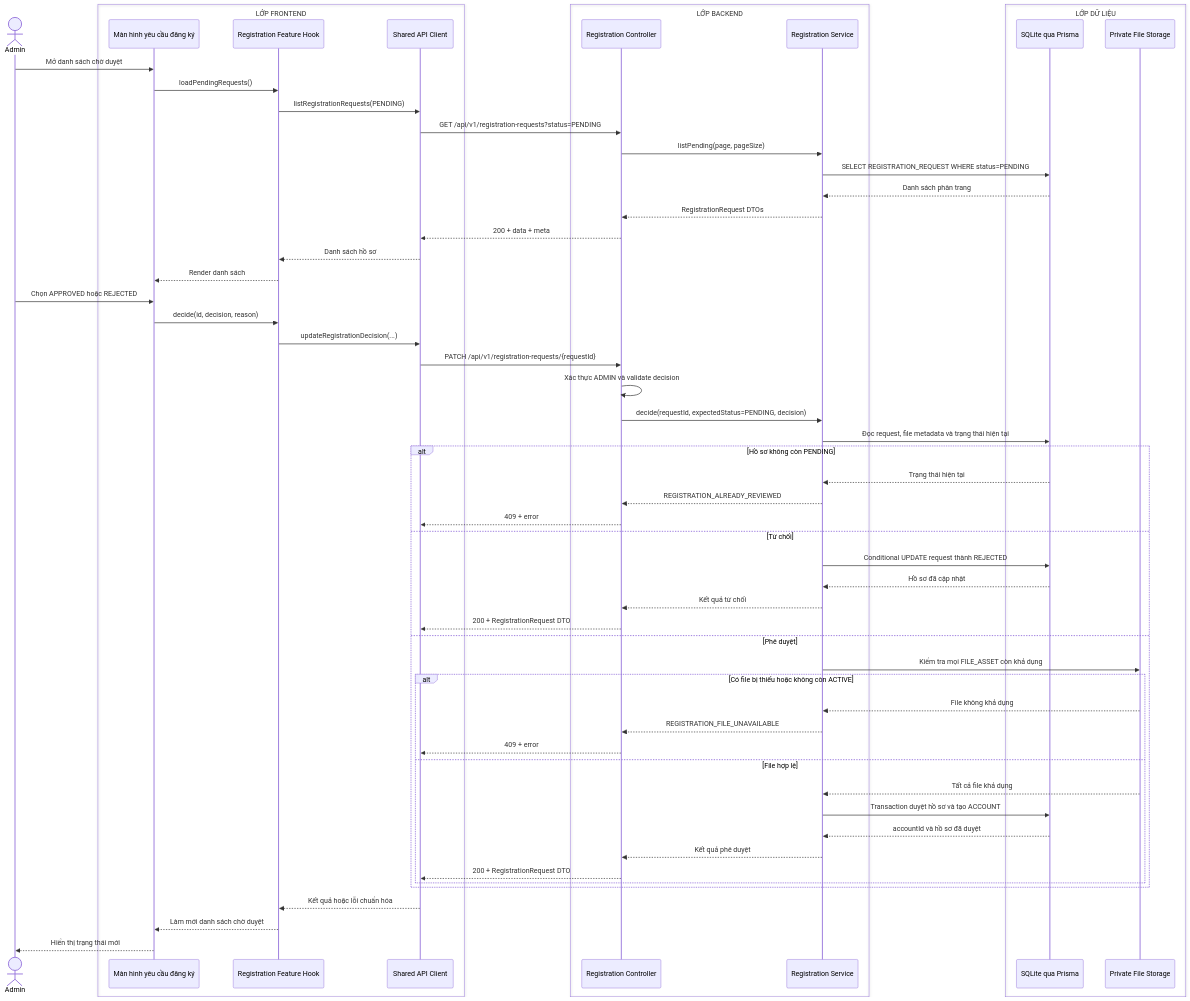
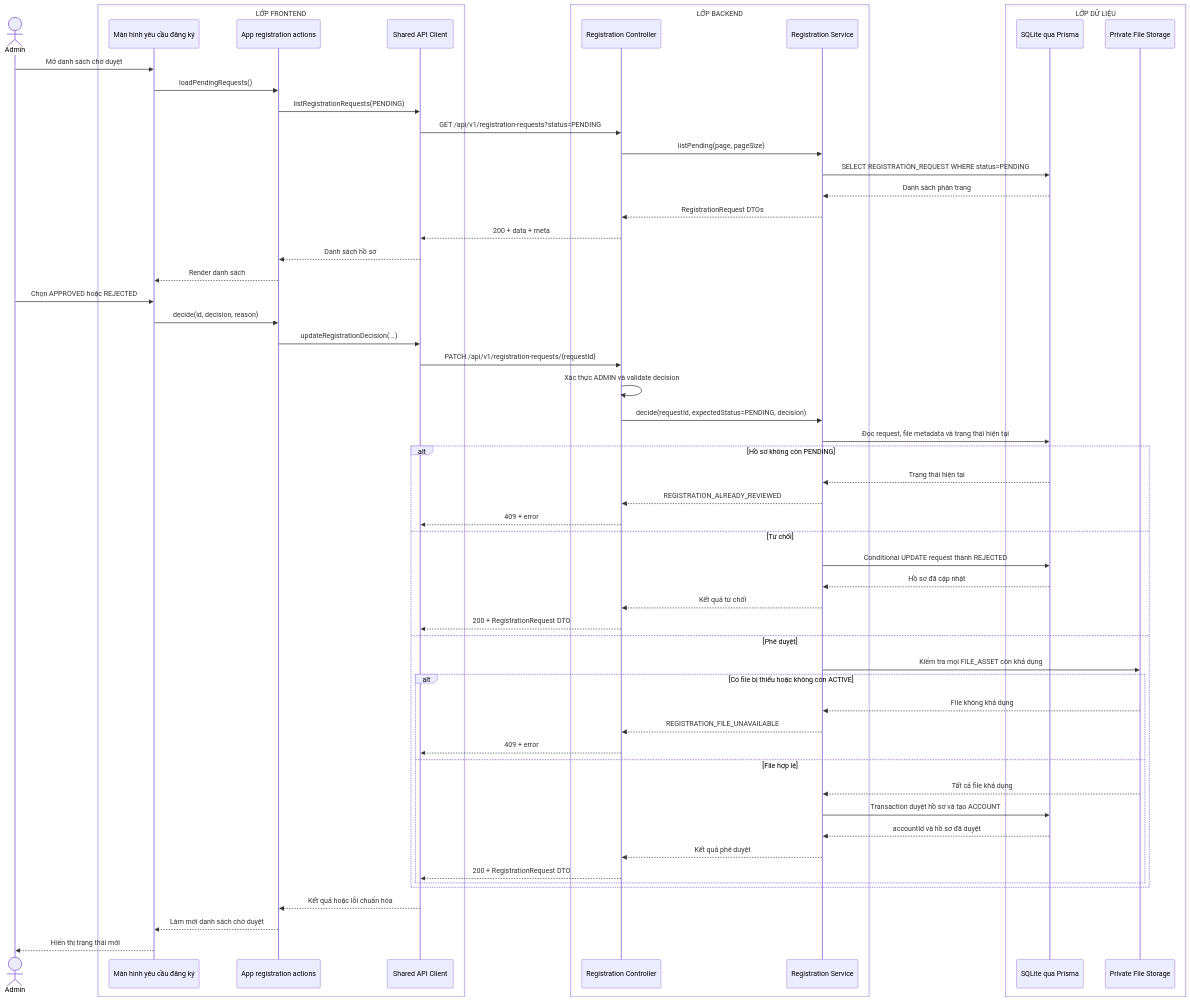
Before and after one commit to MINHDZVODICH/ctv-manage: the diagram in docs/sequence-diagrams/03-duyet-ho-so.md, drawn with Mermaid. The commit also changed 43 other files, not shown here.

````diff
--- a/docs/sequence-diagrams/03-duyet-ho-so.md
+++ b/docs/sequence-diagrams/03-duyet-ho-so.md
@@ -5,65 +5,65 @@
 ```mermaid
 sequenceDiagram
     actor A as Admin
     box LỚP FRONTEND
         participant UI as Màn hình yêu cầu đăng ký
-        participant H as Registration Feature Hook
+        participant H as App registration actions
         participant API as Shared API Client
     end
     box LỚP BACKEND
         participant C as Registration Controller
         participant S as Registration Service
     end
     box LỚP DỮ LIỆU
         participant DB as SQLite qua Prisma
         participant FS as Private File Storage
     end
 
     A->>UI: Mở danh sách chờ duyệt
     UI->>H: loadPendingRequests()
     H->>API: listRegistrationRequests(PENDING)
     API->>C: GET /api/v1/registration-requests?status=PENDING
     C->>S: listPending(page, pageSize)
     S->>DB: SELECT REGISTRATION_REQUEST WHERE status=PENDING
     DB-->>S: Danh sách phân trang
     S-->>C: RegistrationRequest DTOs
     C-->>API: 200 + data + meta
     API-->>H: Danh sách hồ sơ
     H-->>UI: Render danh sách
 
     A->>UI: Chọn APPROVED hoặc REJECTED
     UI->>H: decide(id, decision, reason)
     H->>API: updateRegistrationDecision(...)
     API->>C: PATCH /api/v1/registration-requests/{requestId}
     C->>C: Xác thực ADMIN và validate decision
     C->>S: decide(requestId, expectedStatus=PENDING, decision)
     S->>DB: Đọc request, file metadata và trạng thái hiện tại
 
     alt Hồ sơ không còn PENDING
         DB-->>S: Trạng thái hiện tại
         S-->>C: REGISTRATION_ALREADY_REVIEWED
         C-->>API: 409 + error
     else Từ chối
         S->>DB: Conditional UPDATE request thành REJECTED
         DB-->>S: Hồ sơ đã cập nhật
         S-->>C: Kết quả từ chối
         C-->>API: 200 + RegistrationRequest DTO
     else Phê duyệt
         S->>FS: Kiểm tra mọi FILE_ASSET còn khả dụng
         alt Có file bị thiếu hoặc không còn ACTIVE
             FS-->>S: File không khả dụng
             S-->>C: REGISTRATION_FILE_UNAVAILABLE
             C-->>API: 409 + error
         else File hợp lệ
             FS-->>S: Tất cả file khả dụng
             S->>DB: Transaction duyệt hồ sơ và tạo ACCOUNT
             DB-->>S: accountId và hồ sơ đã duyệt
             S-->>C: Kết quả phê duyệt
             C-->>API: 200 + RegistrationRequest DTO
         end
     end
 
     API-->>H: Kết quả hoặc lỗi chuẩn hóa
     H-->>UI: Làm mới danh sách chờ duyệt
     UI-->>A: Hiển thị trạng thái mới
 ```
````
